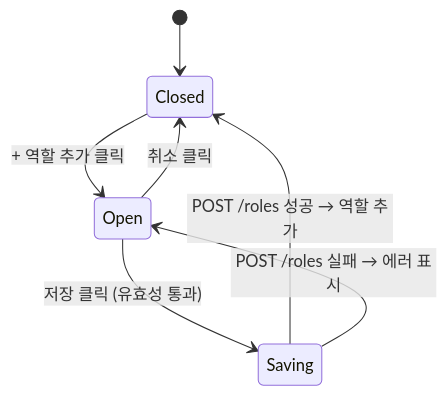
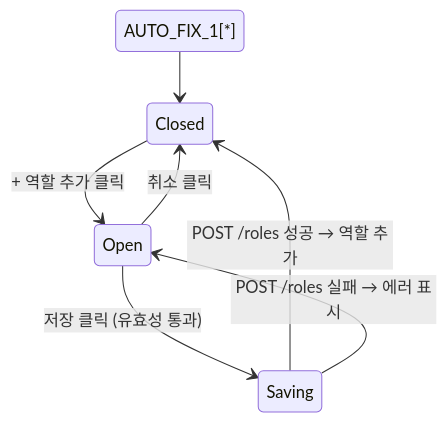
One commit to dev-spogym/admin-pando changed the diagram in docs/admin/다이어그램/D09_설정관리/DLG/DLG-081-003_역할생성/M1_생명주기.md. Above: the diagram before and after it, drawn with Mermaid. The commit also changed 369 other files, not shown here.

````diff
--- a/docs/admin/다이어그램/D09_설정관리/DLG/DLG-081-003_역할생성/M1_생명주기.md
+++ b/docs/admin/다이어그램/D09_설정관리/DLG/DLG-081-003_역할생성/M1_생명주기.md
@@ -12,9 +12,9 @@
 ```mermaid
 stateDiagram-v2
-    [*] --> Closed
+    AUTO_FIX_1[*] --> Closed
     Closed --> Open: + 역할 추가 클릭
     Open --> Saving: 저장 클릭 (유효성 통과)
     Open --> Closed: 취소 클릭
     Saving --> Closed: POST /roles 성공 → 역할 추가
     Saving --> Open: POST /roles 실패 → 에러 표시
 ```
````
